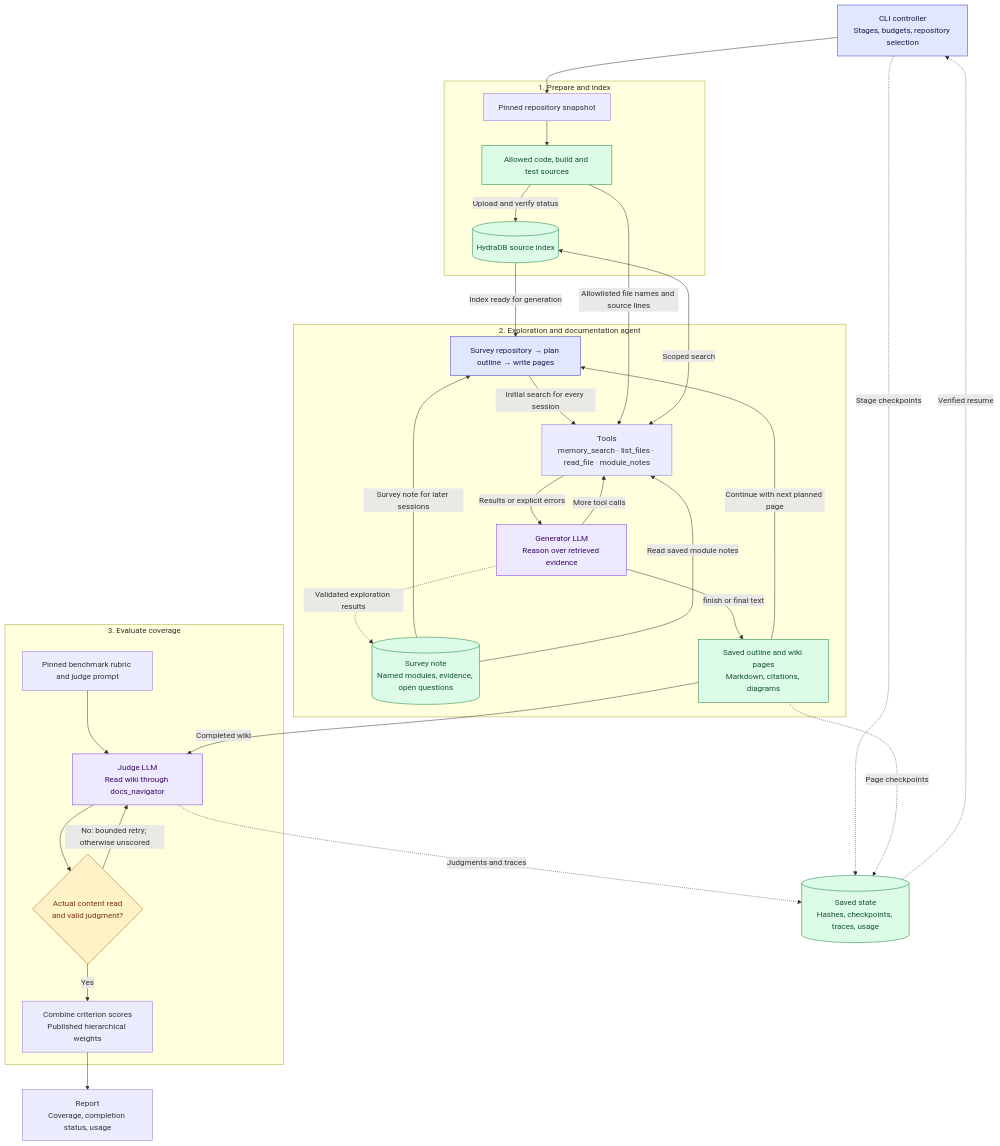
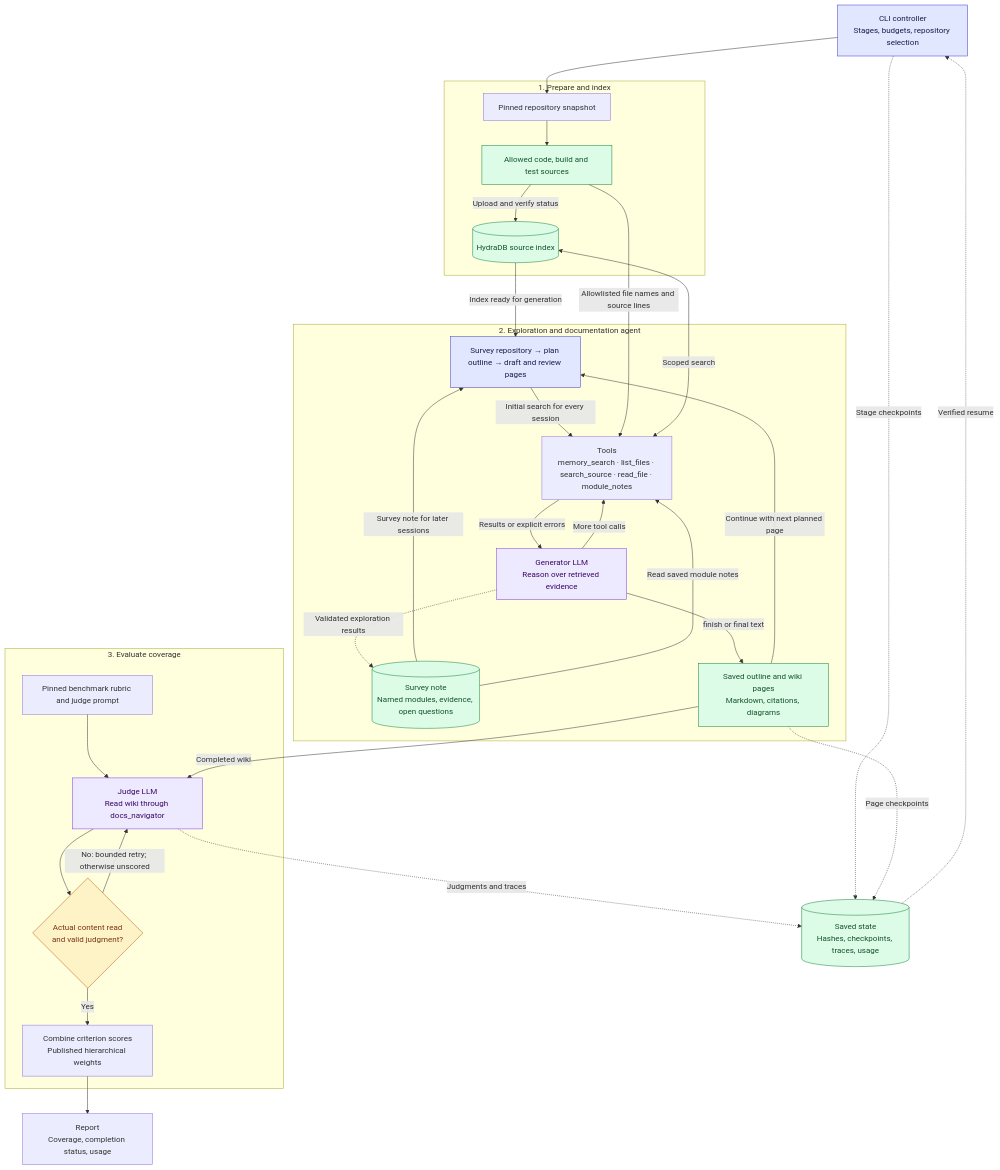
The diagram in docs/codewiki-agent-harness.md (harshbhatt-hydradb/hydradb-swe-bench), drawn with Mermaid before and after one commit. The commit also changed other lines of this file and 21 other files, not shown here.

````diff
--- a/docs/codewiki-agent-harness.md
+++ b/docs/codewiki-agent-harness.md
@@ -7,62 +7,62 @@
 ```mermaid
 flowchart TB
     CLI["CLI controller<br/>Stages, budgets, repository selection"]
 
     subgraph INPUTS["1. Prepare and index"]
         PREP["Pinned repository snapshot"]
         CORPUS["Allowed code, build and test sources"]
         HYDRA[("HydraDB source index")]
         PREP --> CORPUS
         CORPUS -->|"Upload and verify status"| HYDRA
     end
 
     subgraph GENERATE["2. Exploration and documentation agent"]
-        PLAN["Survey repository → plan outline → write pages"]
-        TOOLS["Tools<br/>memory_search · list_files · read_file · module_notes"]
+        PLAN["Survey repository → plan outline → draft and review pages"]
+        TOOLS["Tools<br/>memory_search · list_files · search_source · read_file · module_notes"]
         LLM["Generator LLM<br/>Reason over retrieved evidence"]
         NOTES[("Survey note<br/>Named modules, evidence, open questions")]
         WIKI["Saved outline and wiki pages<br/>Markdown, citations, diagrams"]
         PLAN -->|"Initial search for every session"| TOOLS
         TOOLS -->|"Results or explicit errors"| LLM
         LLM -->|"More tool calls"| TOOLS
         LLM -.->|"Validated exploration results"| NOTES
         NOTES -->|"Survey note for later sessions"| PLAN
         NOTES -->|"Read saved module notes"| TOOLS
         LLM -->|"finish or final text"| WIKI
         WIKI -->|"Continue with next planned page"| PLAN
     end
 
     subgraph EVALUATE["3. Evaluate coverage"]
         RUBRIC["Pinned benchmark rubric and judge prompt"]
         JUDGE["Judge LLM<br/>Read wiki through docs_navigator"]
         VALID{"Actual content read<br/>and valid judgment?"}
         SCORE["Combine criterion scores<br/>Published hierarchical weights"]
         RUBRIC --> JUDGE
         JUDGE --> VALID
         VALID -->|"Yes"| SCORE
         VALID -->|"No: bounded retry; otherwise unscored"| JUDGE
     end
 
     REPORT["Report<br/>Coverage, completion status, usage"]
     STATE[("Saved state<br/>Hashes, checkpoints, traces, usage")]
 
     CLI --> PREP
     HYDRA -->|"Index ready for generation"| PLAN
     TOOLS <-->|"Scoped search"| HYDRA
     CORPUS -->|"Allowlisted file names and source lines"| TOOLS
     WIKI -->|"Completed wiki"| JUDGE
     SCORE --> REPORT
     CLI -.->|"Stage checkpoints"| STATE
     WIKI -.->|"Page checkpoints"| STATE
     JUDGE -.->|"Judgments and traces"| STATE
     STATE -.->|"Verified resume"| CLI
 
     classDef control fill:#e0e7ff,stroke:#4338ca,color:#1e1b4b
     classDef model fill:#ede9fe,stroke:#7c3aed,color:#3b0764
     classDef storage fill:#dcfce7,stroke:#15803d,color:#14532d
     classDef guard fill:#fef3c7,stroke:#b45309,color:#78350f
     class CLI,PLAN control
     class LLM,JUDGE model
     class CORPUS,HYDRA,WIKI,STATE,NOTES storage
     class VALID guard
 ```
````
